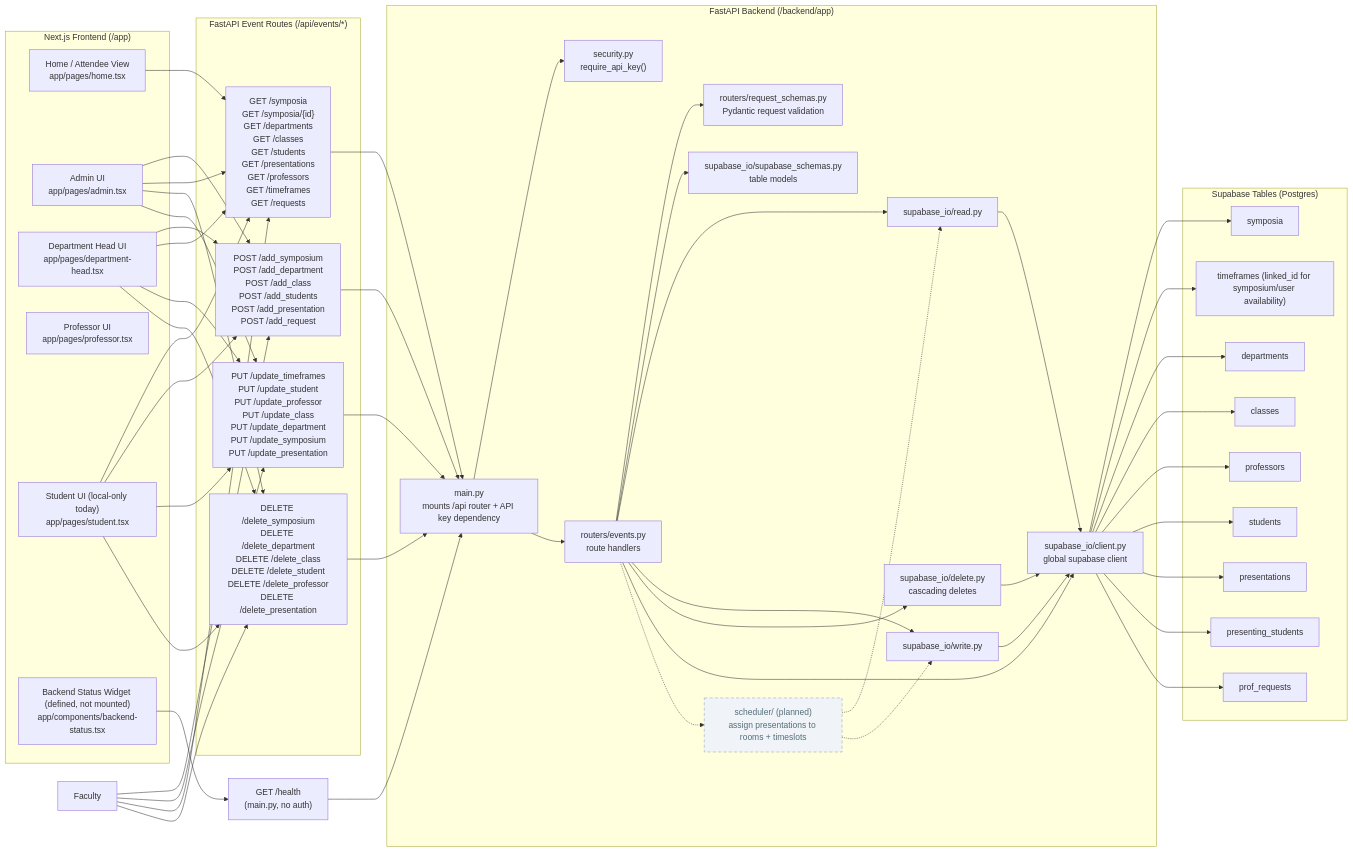
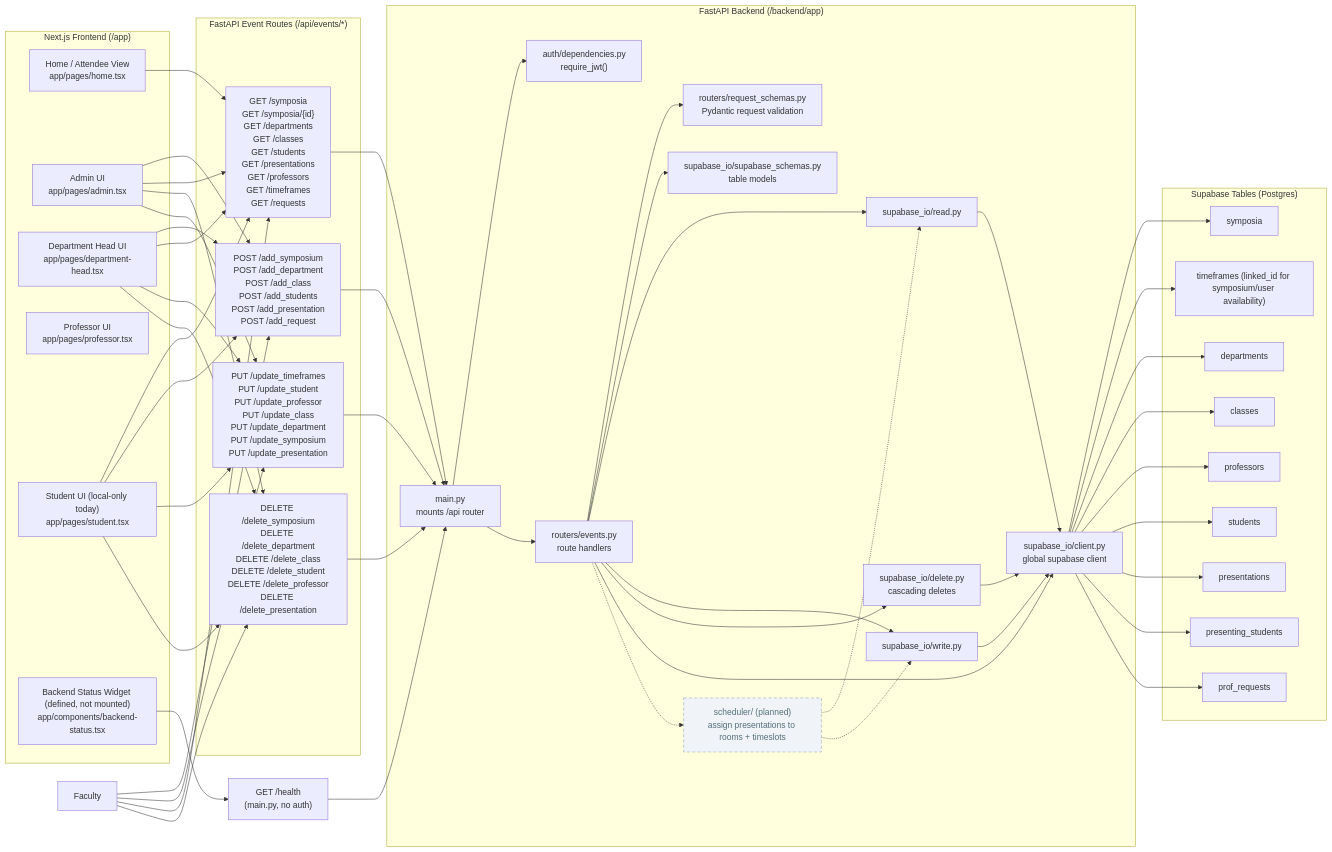
Before and after one commit to occscheduler-blip/conference-scheduler: the diagram in docs/structural_diagram.md, drawn with Mermaid. The commit also changed other lines of this file and 88 other files, not shown here.

```diff
--- a/docs/structural_diagram.md
+++ b/docs/structural_diagram.md
@@ -24,8 +24,8 @@
   end
 
   subgraph API["FastAPI Backend (/backend/app)"]
-    Main["main.py<br/>mounts /api router + API key dependency"]
-    Security["security.py<br/>require_api_key()"]
+    Main["main.py<br/>mounts /api router"]
+    Security["auth/dependencies.py<br/>require_jwt()"]
     Events["routers/events.py<br/>route handlers"]
     ReqSchemas["routers/request_schemas.py<br/>Pydantic request validation"]
     IORead["supabase_io/read.py"]
```
